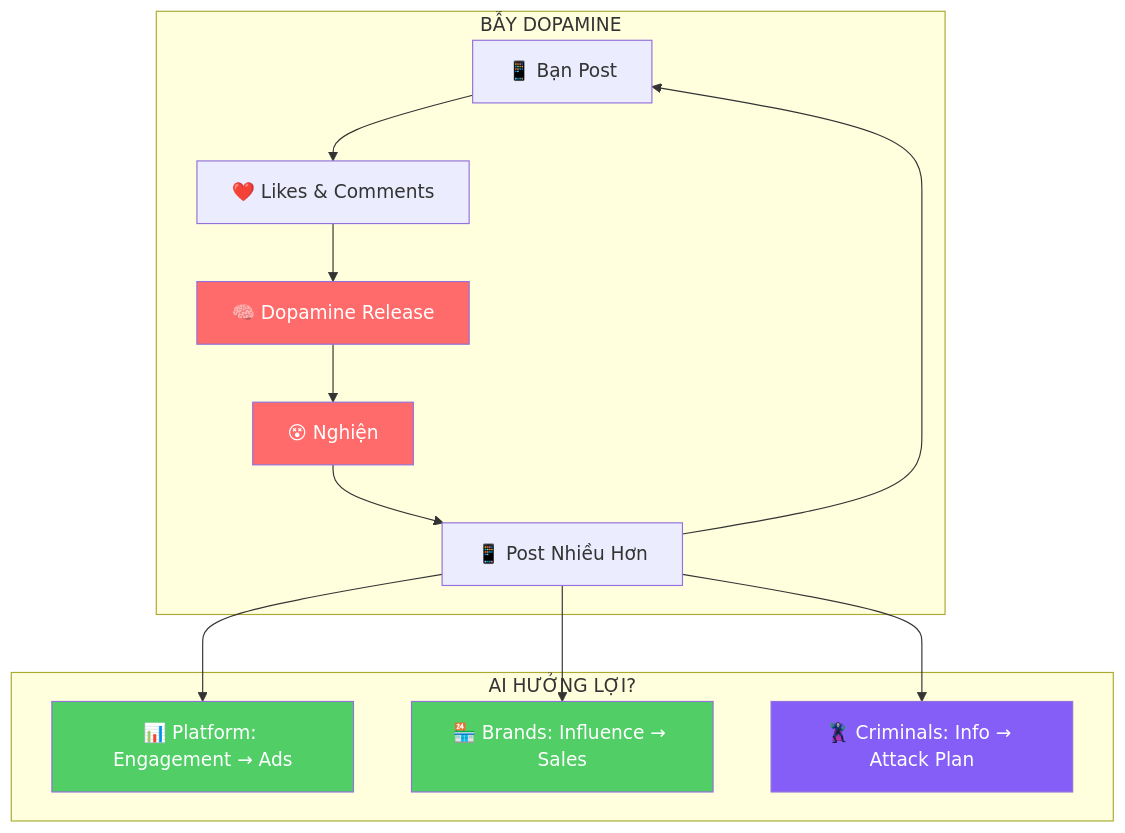
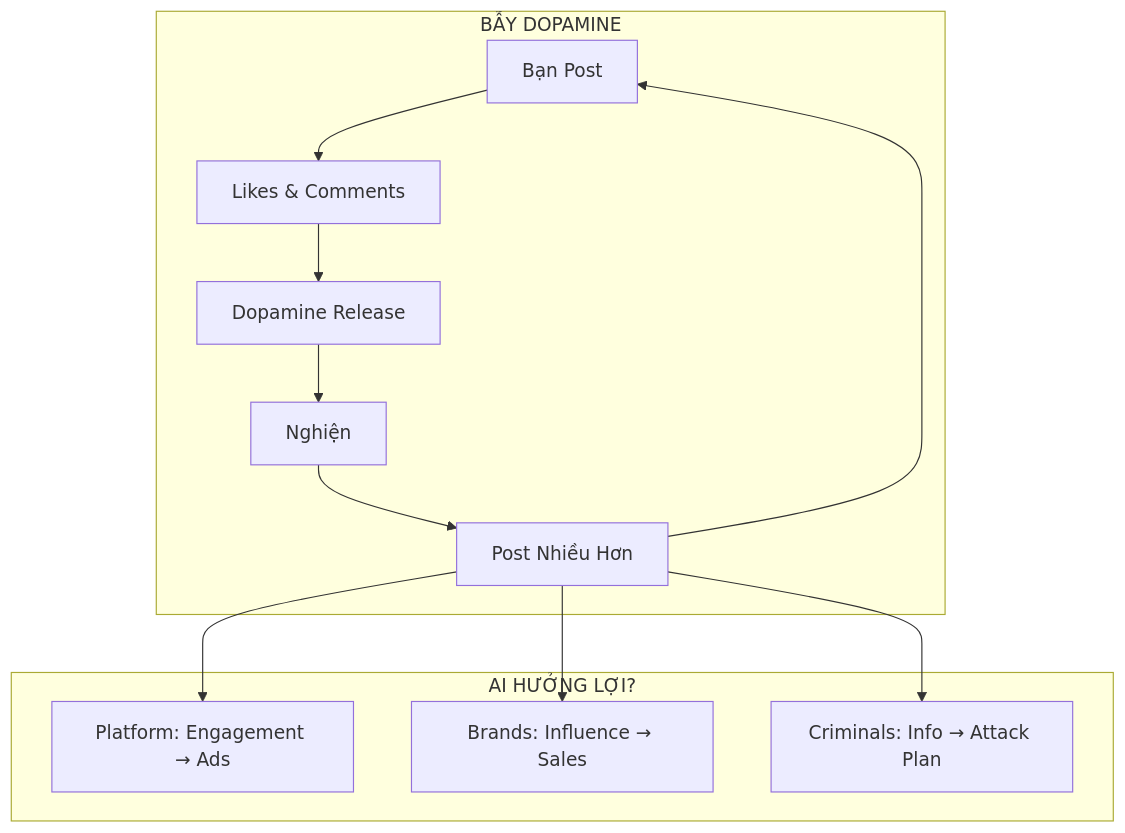
One commit to dyukahi/knowledge changed the third of 4 diagrams in mental-models/Privacy Is The New Wealth.md. Above: the diagram before and after it, drawn with Mermaid. The commit also changed other lines of this file, not shown here.

Commit message:
Fix: Remove colors and emojis from mermaid diagrams

````diff
--- a/mental-models/Privacy Is The New Wealth.md
+++ b/mental-models/Privacy Is The New Wealth.md
@@ -160,22 +151,16 @@
 ```mermaid
 flowchart TD
     subgraph "BẪY DOPAMINE"
-        A[📱 Bạn Post] --> B[❤️ Likes & Comments]
-        B --> C[🧠 Dopamine Release]
-        C --> D[😵 Nghiện]
-        D --> E[📱 Post Nhiều Hơn]
+        A[Bạn Post] --> B[Likes & Comments]
+        B --> C[Dopamine Release]
+        C --> D[Nghiện]
+        D --> E[Post Nhiều Hơn]
         E --> A
     end
     
     subgraph "AI HƯỞNG LỢI?"
-        E --> F[📊 Platform: Engagement → Ads]
-        E --> G[🏪 Brands: Influence → Sales]
-        E --> H[🦹 Criminals: Info → Attack Plan]
+        E --> F[Platform: Engagement → Ads]
+        E --> G[Brands: Influence → Sales]
+        E --> H[Criminals: Info → Attack Plan]
     end
-    
-    style C fill:#ff6b6b,color:#fff
-    style D fill:#ff6b6b,color:#fff
-    style F fill:#51cf66,color:#fff
-    style G fill:#51cf66,color:#fff
-    style H fill:#845ef7,color:#fff
 ```
````
